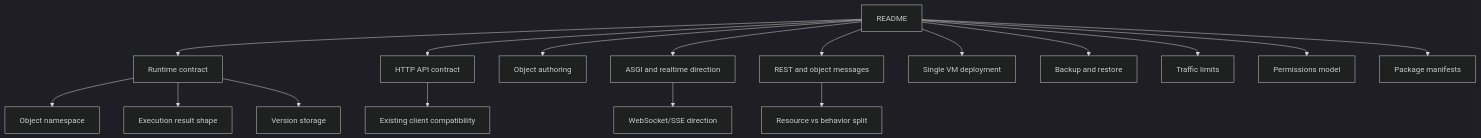
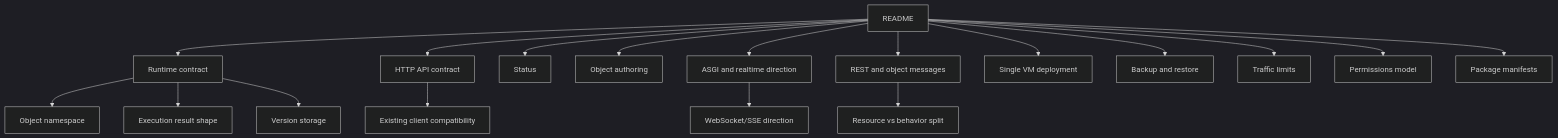
One commit to askrobots/dbbasic-object-server changed the diagram in docs/README.md. Above: the diagram before and after it, drawn with Mermaid (dark theme). The commit also changed other lines of this file and 2 other files, not shown here.

Commit message:
Document public readiness status

````diff
--- a/docs/README.md
+++ b/docs/README.md
@@ -9,21 +9,22 @@
 ```mermaid
 flowchart TD
     A["README"] --> B["Runtime contract"]
     A --> C["HTTP API contract"]
+    A --> R["Status"]
     A --> M["Object authoring"]
     A --> D["ASGI and realtime direction"]
     A --> E["REST and object messages"]
     A --> L["Single VM deployment"]
     A --> N["Backup and restore"]
     A --> O["Traffic limits"]
     A --> P["Permissions model"]
     A --> Q["Package manifests"]
 
     B --> F["Object namespace"]
     B --> G["Execution result shape"]
     B --> H["Version storage"]
 
     C --> I["Existing client compatibility"]
     D --> J["WebSocket/SSE direction"]
     E --> K["Resource vs behavior split"]
 ```
````
